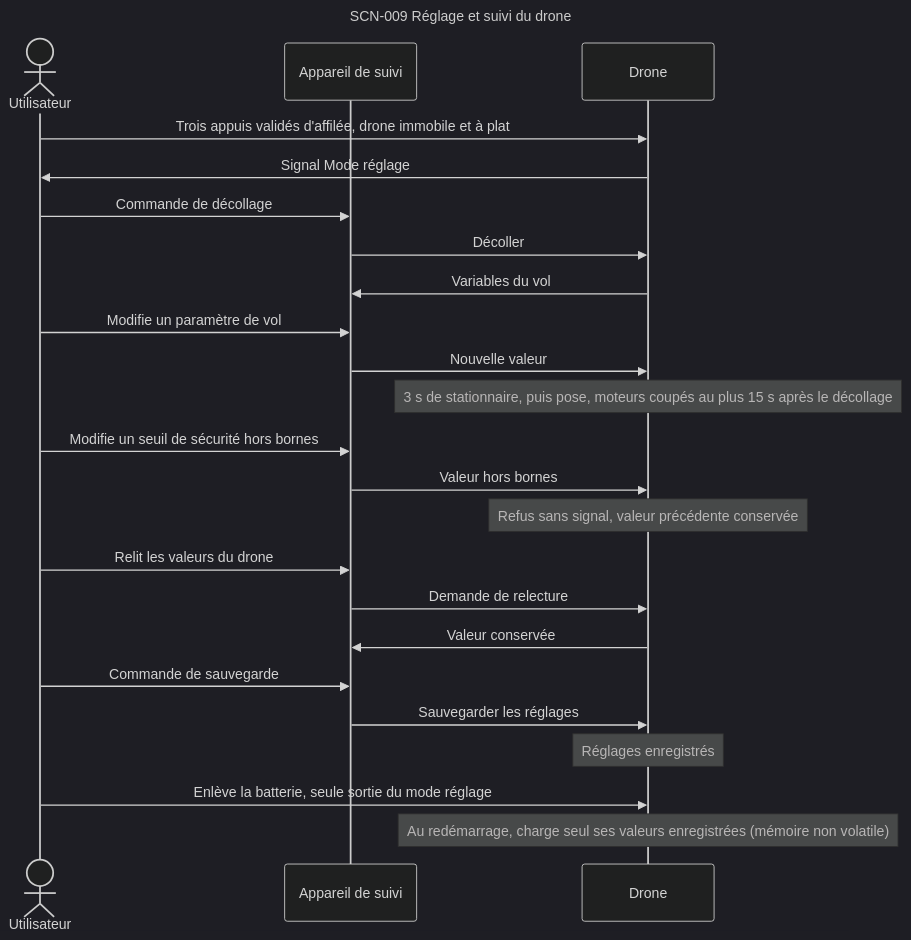
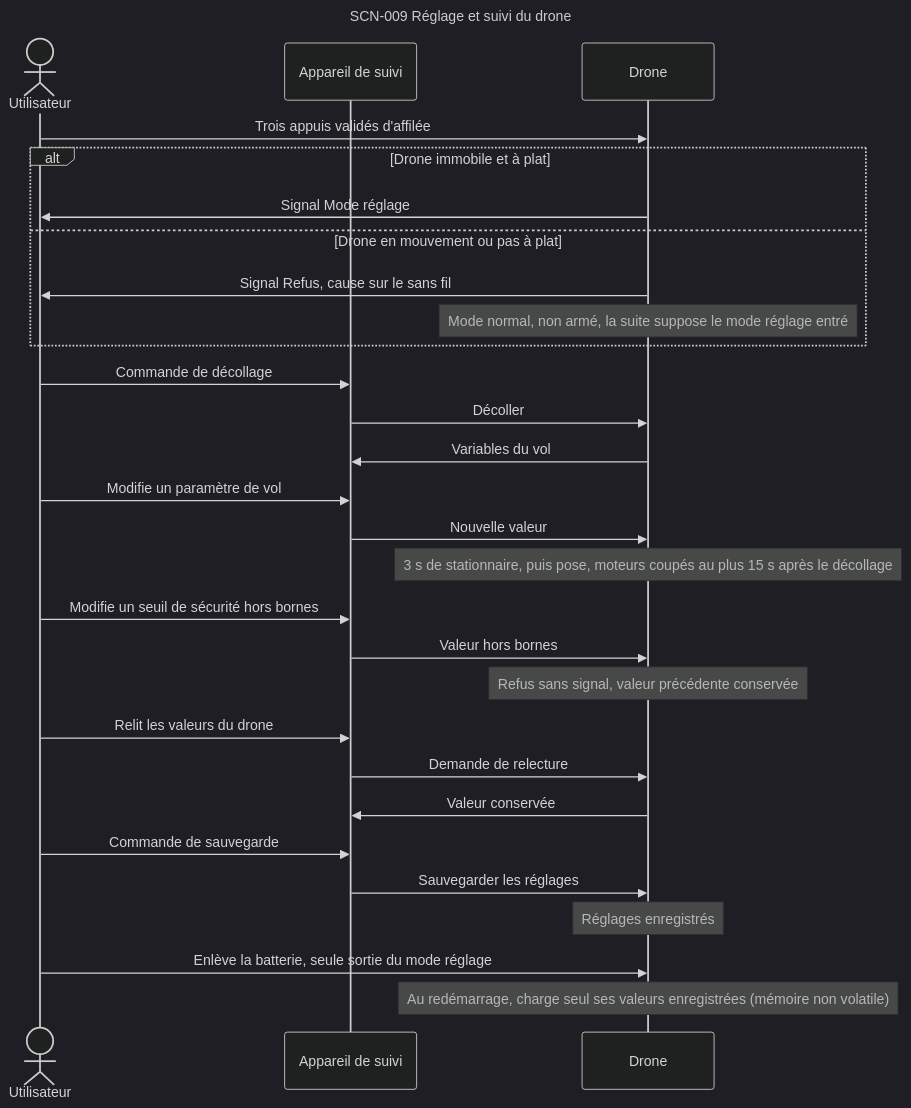
One commit to thourymatthieu-png/coworker_archi_system changed diagram 13 of 15 in projets/boomrone/00-scenarios.md. Above: the diagram before and after it, drawn with Mermaid (dark theme). The commit also changed other lines of this file and 6 other files, not shown here.

Commit message:
Boomrone : DEC-087 à DEC-093 (arrêt d'urgence, garde, signal Refus, mode réglage refusé), doutes DOU-076, DOU-079, DOU-089 à DOU-091 levés

````diff
--- a/projets/boomrone/00-scenarios.md
+++ b/projets/boomrone/00-scenarios.md
@@ -605,28 +633,33 @@
 ```mermaid
 ---
 title: "SCN-009 Réglage et suivi du drone"
 ---
 sequenceDiagram
     actor U as Utilisateur
     participant A as Appareil de suivi
     participant D as Drone
-    U->>D: Trois appuis validés d'affilée, drone immobile et à plat
-    D->>U: Signal Mode réglage
+    U->>D: Trois appuis validés d'affilée
+    alt Drone immobile et à plat
+        D->>U: Signal Mode réglage
+    else Drone en mouvement ou pas à plat
+        D->>U: Signal Refus, cause sur le sans fil
+        Note over D: Mode normal, non armé, la suite suppose le mode réglage entré
+    end
     U->>A: Commande de décollage
     A->>D: Décoller
     D->>A: Variables du vol
     U->>A: Modifie un paramètre de vol
     A->>D: Nouvelle valeur
     Note over D: 3 s de stationnaire, puis pose, moteurs coupés au plus 15 s après le décollage
     U->>A: Modifie un seuil de sécurité hors bornes
     A->>D: Valeur hors bornes
     Note over D: Refus sans signal, valeur précédente conservée
     U->>A: Relit les valeurs du drone
     A->>D: Demande de relecture
     D->>A: Valeur conservée
     U->>A: Commande de sauvegarde
     A->>D: Sauvegarder les réglages
     Note over D: Réglages enregistrés
     U->>D: Enlève la batterie, seule sortie du mode réglage
     Note over D: Au redémarrage, charge seul ses valeurs enregistrées (mémoire non volatile)
 ```
````
